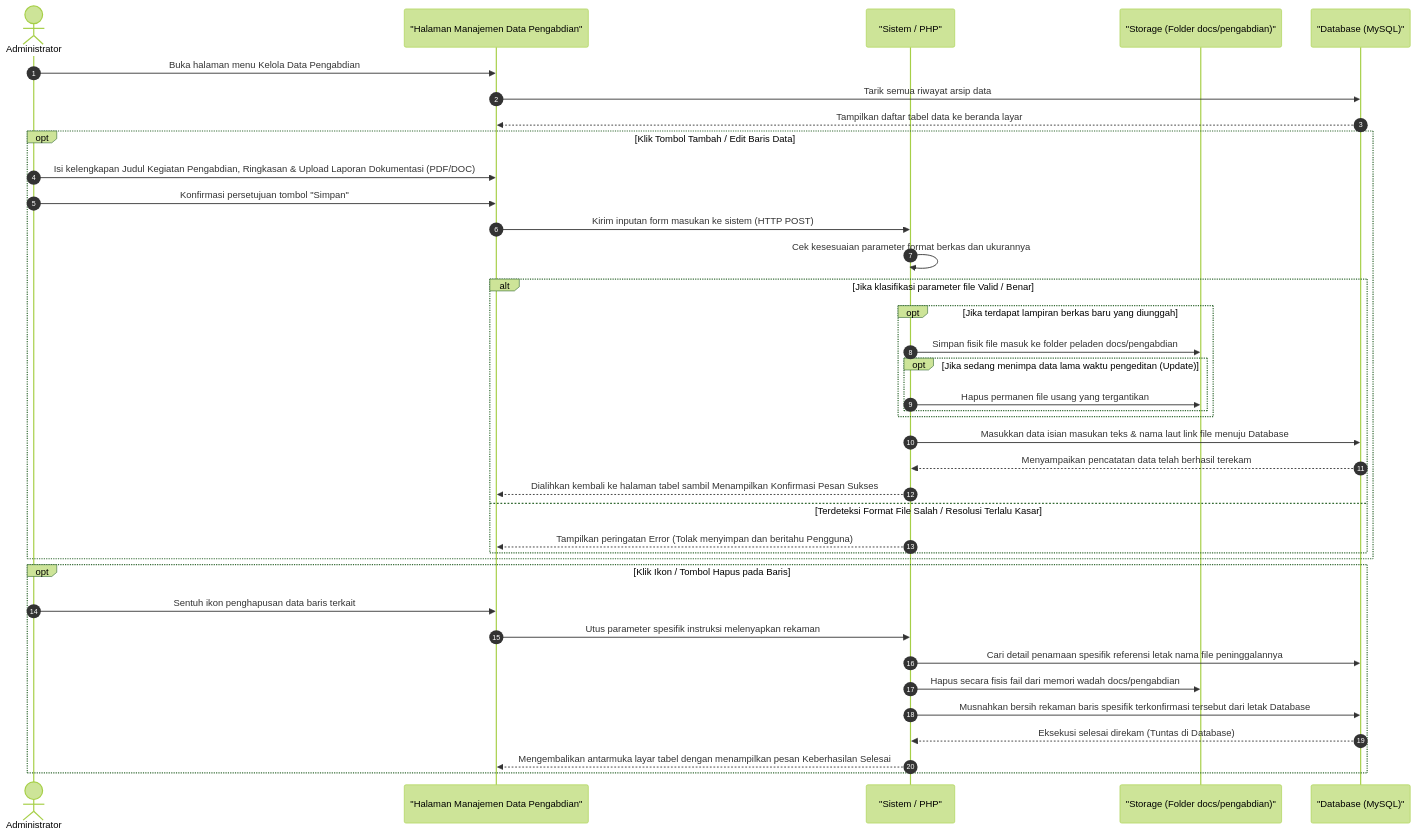
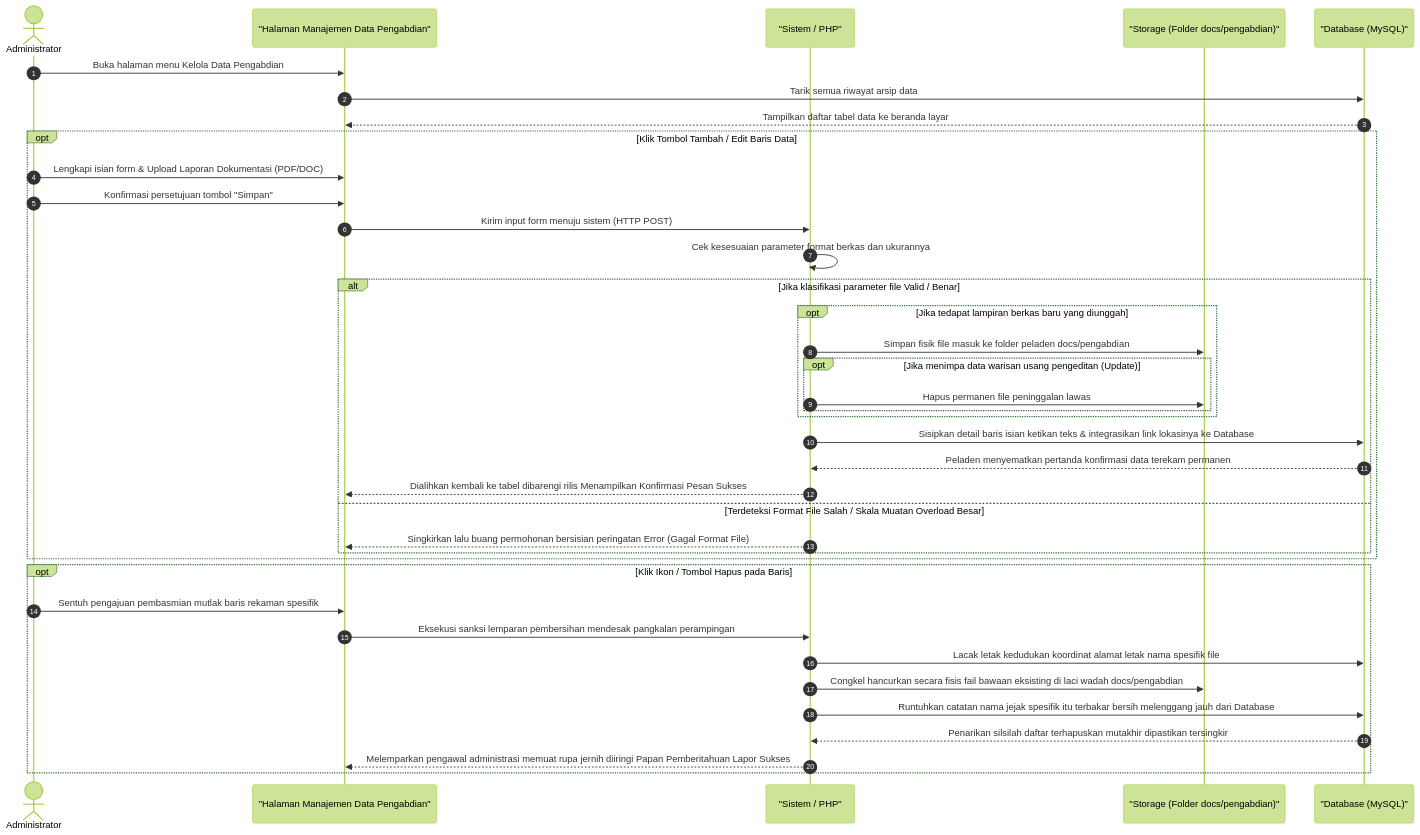
Before and after one commit to arbain-dev/Web_fikom: the diagram in docs/sequence_diagram_admin_pengabdian.md, drawn with Mermaid (forest theme). The commit also changed other lines of this file and 18 other files, not shown here.

Commit message:
docs: mengubah format penjelasan sequence administrator dari list menjadi paragraf naratif

````diff
--- a/docs/sequence_diagram_admin_pengabdian.md
+++ b/docs/sequence_diagram_admin_pengabdian.md
@@ -29,48 +15,48 @@
 ```mermaid
 sequenceDiagram
     autonumber
     actor Admin as Administrator
     participant View as "Halaman Manajemen Data Pengabdian"
     participant System as "Sistem / PHP"
     participant Server as "Storage (Folder docs/pengabdian)"
     participant DB as "Database (MySQL)"
 
     Admin->>View: Buka halaman menu Kelola Data Pengabdian
     View->>DB: Tarik semua riwayat arsip data
     DB-->>View: Tampilkan daftar tabel data ke beranda layar
 
     %% Proses Tambah / Edit
     opt Klik Tombol Tambah / Edit Baris Data
-        Admin->>View: Isi kelengkapan Judul Kegiatan Pengabdian, Ringkasan & Upload Laporan Dokumentasi (PDF/DOC)
+        Admin->>View: Lengkapi isian form & Upload Laporan Dokumentasi (PDF/DOC)
         Admin->>View: Konfirmasi persetujuan tombol "Simpan"
-        View->>System: Kirim inputan form masukan ke sistem (HTTP POST)
+        View->>System: Kirim input form menuju sistem (HTTP POST)
 
         System->>System: Cek kesesuaian parameter format berkas dan ukurannya
         
         alt Jika klasifikasi parameter file Valid / Benar
-            opt Jika terdapat lampiran berkas baru yang diunggah
+            opt Jika tedapat lampiran berkas baru yang diunggah
                 System->>Server: Simpan fisik file masuk ke folder peladen docs/pengabdian
-                opt Jika sedang menimpa data lama waktu pengeditan (Update)
-                    System->>Server: Hapus permanen file usang yang tergantikan
+                opt Jika menimpa data warisan usang pengeditan (Update)
+                    System->>Server: Hapus permanen file peninggalan lawas
                 end
             end
             
-            System->>DB: Masukkan data isian masukan teks & nama laut link file menuju Database
-            DB-->>System: Menyampaikan pencatatan data telah berhasil terekam
-            System-->>View: Dialihkan kembali ke halaman tabel sambil Menampilkan Konfirmasi Pesan Sukses
-        else Terdeteksi Format File Salah / Resolusi Terlalu Kasar
-            System-->>View: Tampilkan peringatan Error (Tolak menyimpan dan beritahu Pengguna)
+            System->>DB: Sisipkan detail baris isian ketikan teks & integrasikan link lokasinya ke Database
+            DB-->>System: Peladen menyematkan pertanda konfirmasi data terekam permanen
+            System-->>View: Dialihkan kembali ke tabel dibarengi rilis Menampilkan Konfirmasi Pesan Sukses
+        else Terdeteksi Format File Salah / Skala Muatan Overload Besar
+            System-->>View: Singkirkan lalu buang permohonan bersisian peringatan Error (Gagal Format File)
         end
     end
 
     %% Proses Hapus
     opt Klik Ikon / Tombol Hapus pada Baris
-        Admin->>View: Sentuh ikon penghapusan data baris terkait
-        View->>System: Utus parameter spesifik instruksi melenyapkan rekaman
-        System->>DB: Cari detail penamaan spesifik referensi letak nama file peninggalannya
-        System->>Server: Hapus secara fisis fail dari memori wadah docs/pengabdian
-        System->>DB: Musnahkan bersih rekaman baris spesifik terkonfirmasi tersebut dari letak Database
-        DB-->>System: Eksekusi selesai direkam (Tuntas di Database)
-        System-->>View: Mengembalikan antarmuka layar tabel dengan menampilkan pesan Keberhasilan Selesai
+        Admin->>View: Sentuh pengajuan pembasmian mutlak baris rekaman spesifik
+        View->>System: Eksekusi sanksi lemparan pembersihan mendesak pangkalan perampingan
+        System->>DB: Lacak letak kedudukan koordinat alamat letak nama spesifik file 
+        System->>Server: Congkel hancurkan secara fisis fail bawaan eksisting di laci wadah docs/pengabdian
+        System->>DB: Runtuhkan catatan nama jejak spesifik itu terbakar bersih melenggang jauh dari Database
+        DB-->>System: Penarikan silsilah daftar terhapuskan mutakhir dipastikan tersingkir
+        System-->>View: Melemparkan pengawal administrasi memuat rupa jernih diiringi Papan Pemberitahuan Lapor Sukses 
     end
 ```
````
